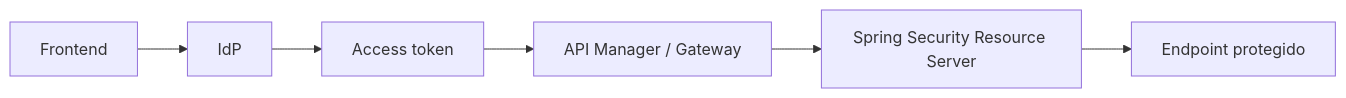
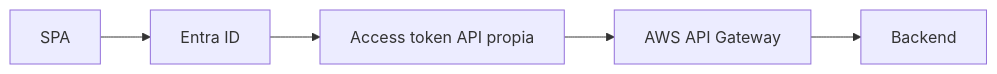
Before and after one commit to cmartinezs/DSY1107-DESARROLLO-CLOUD-NATIVE-I-2026-2: the third of 3 diagrams in semanas/semana-04/DSY1107-003D.md, drawn with Mermaid. The commit also changed other lines of this file, not shown here.

````diff
--- a/semanas/semana-04/DSY1107-003D.md
+++ b/semanas/semana-04/DSY1107-003D.md
@@ -130,8 +215,7 @@
 ```mermaid
 flowchart LR
-    SPA[Frontend] --> IDP[IdP]
-    IDP --> TOKEN[Access token]
-    TOKEN --> GW[API Manager / Gateway]
-    GW --> RS[Spring Security Resource Server]
-    RS --> API[Endpoint protegido]
+    SPA[SPA] --> ENTRA[Entra ID]
+    ENTRA --> TOKEN[Access token API propia]
+    TOKEN --> GW[AWS API Gateway]
+    GW --> API[Backend]
 ```
````
